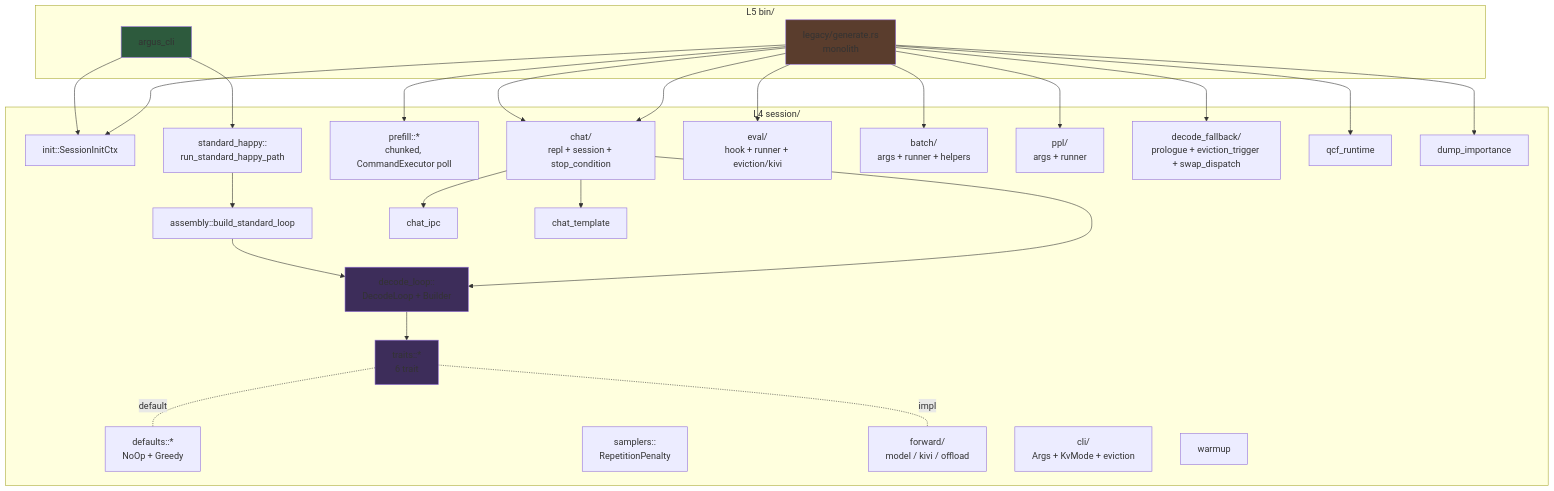
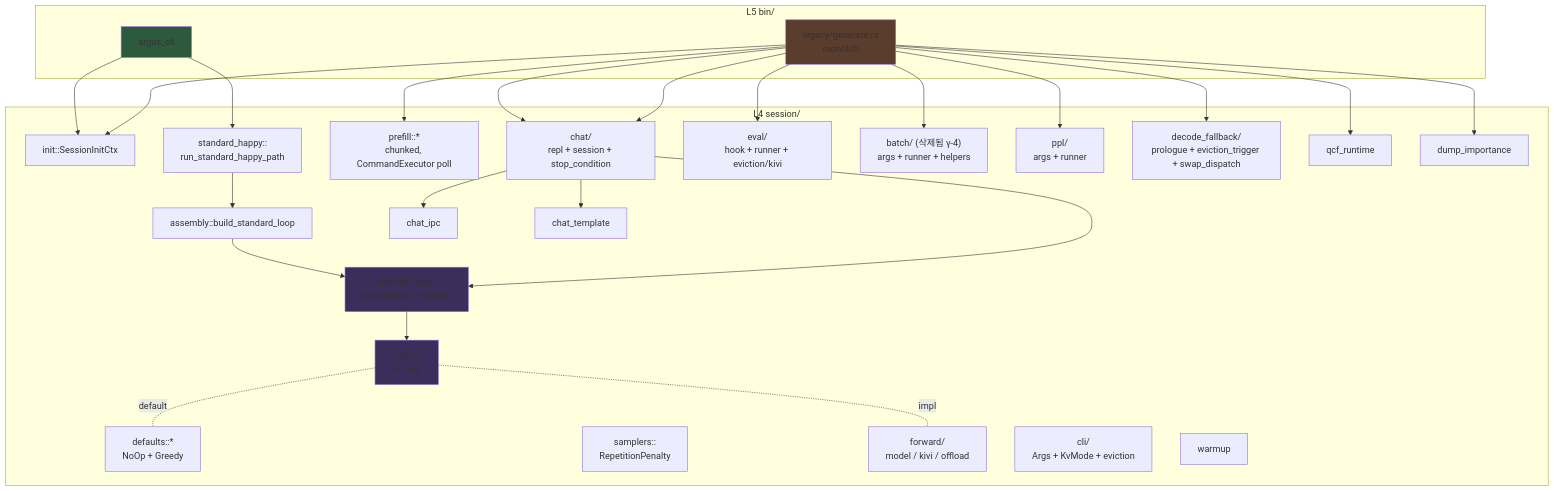
The first of 4 diagrams in arch/inference_pipeline.md (hedone21/llm_rs2), drawn with Mermaid before and after one commit. The commit also changed other lines of this file and 6 other files, not shown here.

````diff
--- a/arch/inference_pipeline.md
+++ b/arch/inference_pipeline.md
@@ -32,57 +34,57 @@
 ```mermaid
 flowchart TB
     subgraph Bin ["L5 bin/"]
         argus[argus_cli]
         legacy[legacy/generate.rs<br/>monolith]
     end
 
     subgraph Sess ["L4 session/"]
         init[init::SessionInitCtx]
         std[standard_happy::<br/>run_standard_happy_path]
         asm[assembly::build_standard_loop]
         loop[decode_loop::<br/>DecodeLoop + Builder]
         tr[traits::*<br/>6 trait]
         def[defaults::*<br/>NoOp + Greedy]
         sa[samplers::<br/>RepetitionPenalty]
         fwd[forward/<br/>model / kivi / offload]
         prefill[prefill::*<br/>chunked, CommandExecutor poll]
         chat[chat/<br/>repl + session + stop_condition]
         chatipc[chat_ipc]
         chattmp[chat_template]
         eval[eval/<br/>hook + runner + eviction/kivi]
-        batch[batch/<br/>args + runner + helpers]
+        batch["batch/ (삭제됨 γ-4)<br/>args + runner + helpers"]
         ppl[ppl/<br/>args + runner]
         decfb[decode_fallback/<br/>prologue + eviction_trigger + swap_dispatch]
         cli[cli/<br/>Args + KvMode + eviction]
         warm[warmup]
         qcfrt[qcf_runtime]
         dump[dump_importance]
     end
 
     argus --> init
     argus --> std
     std --> asm
     asm --> loop
     loop --> tr
     tr -. impl .- fwd
     tr -. default .- def
 
     legacy --> init
     legacy --> prefill
     legacy --> chat
     legacy --> eval
     legacy --> batch
     legacy --> ppl
     legacy --> decfb
     legacy --> qcfrt
     legacy --> dump
     legacy --> chat
     chat --> chatipc
     chat --> chattmp
     chat --> loop
 
     style argus fill:#2d5a3d
     style legacy fill:#5a3d2d
     style loop fill:#3d2d5a
     style tr fill:#3d2d5a
 ```
````
